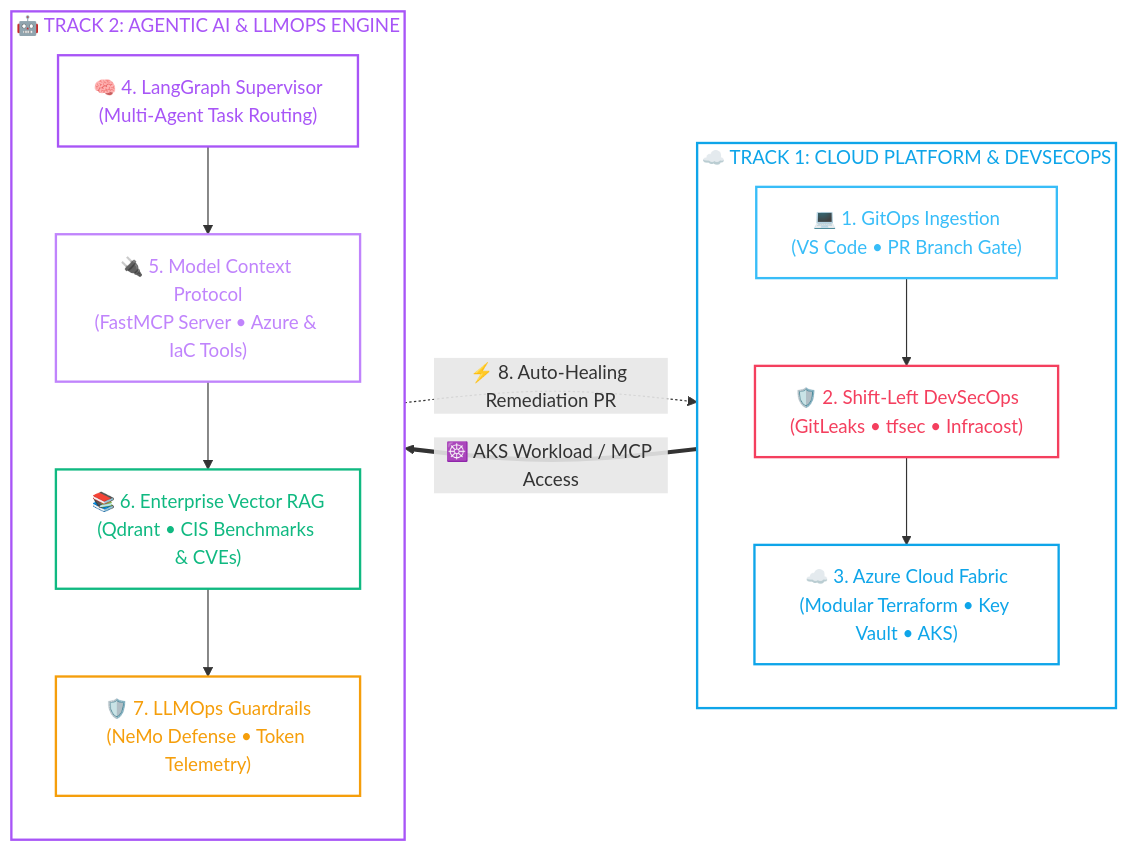
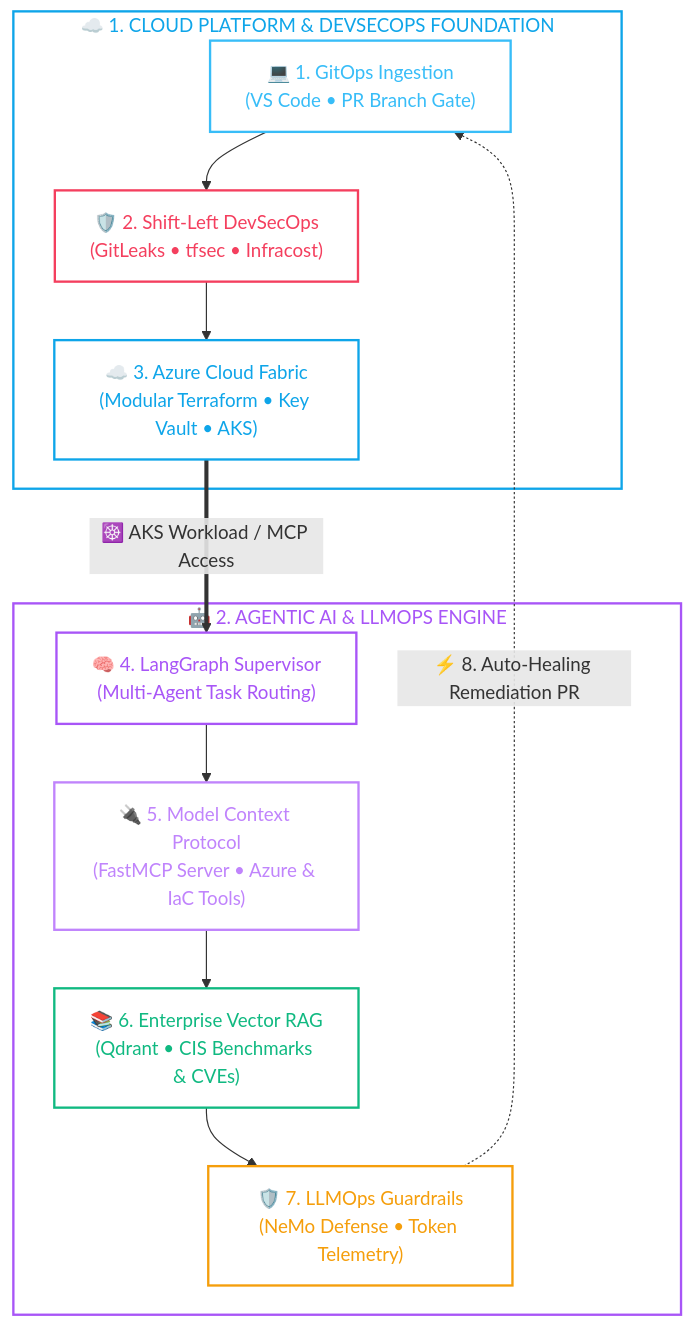
The diagram in README.md (Narendra232/Narendra232), drawn with Mermaid before and after one commit. The commit also changed other lines of this file, not shown here.

Commit message:
feat(architecture): switch diagram to vertical form and revert 4 Pillars to GitHub alert callout cards

````diff
--- a/README.md
+++ b/README.md
@@ -74,56 +74,54 @@
 ```mermaid
-flowchart LR
+flowchart TD
     %% ===================================================
-    %% LEFT TRACK: CLOUD PLATFORM & DEVSECOPS
+    %% 1. CLOUD PLATFORM & DEVSECOPS
     %% ===================================================
-    subgraph TRACK_INFRA["☁️ TRACK 1: CLOUD PLATFORM & DEVSECOPS"]
-        direction TB
+    subgraph TRACK_INFRA["☁️ 1. CLOUD PLATFORM & DEVSECOPS FOUNDATION"]
         style TRACK_INFRA fill:none,stroke:#0ea5e9,stroke-width:2px,color:#0ea5e9
         
         DEV["💻 1. GitOps Ingestion<br/>(VS Code • PR Branch Gate)"]
         SEC["🛡️ 2. Shift-Left DevSecOps<br/>(GitLeaks • tfsec • Infracost)"]
         CLOUD["☁️ 3. Azure Cloud Fabric<br/>(Modular Terraform • Key Vault • AKS)"]
         
         DEV --> SEC --> CLOUD
     end
 
     %% ===================================================
-    %% RIGHT TRACK: AGENTIC AI & LLMOPS ENGINE
+    %% 2. AGENTIC AI & LLMOPS ENGINE
     %% ===================================================
-    subgraph TRACK_AI["🤖 TRACK 2: AGENTIC AI & LLMOPS ENGINE"]
-        direction TB
+    subgraph TRACK_AI["🤖 2. AGENTIC AI & LLMOPS ENGINE"]
         style TRACK_AI fill:none,stroke:#a855f7,stroke-width:2px,color:#a855f7
         
         AGENT["🧠 4. LangGraph Supervisor<br/>(Multi-Agent Task Routing)"]
         MCP["🔌 5. Model Context Protocol<br/>(FastMCP Server • Azure & IaC Tools)"]
         RAG["📚 6. Enterprise Vector RAG<br/>(Qdrant • CIS Benchmarks & CVEs)"]
         GUARD["🛡️ 7. LLMOps Guardrails<br/>(NeMo Defense • Token Telemetry)"]
         
         AGENT --> MCP --> RAG --> GUARD
     end
 
     %% ===================================================
-    %% PARALLEL INTERCONNECTIONS
+    %% VERTICAL TRANSITION & AUTO-RECONCILIATION
     %% ===================================================
     CLOUD ==>|☸️ AKS Workload / MCP Access| AGENT
     GUARD -.->|⚡ 8. Auto-Healing Remediation PR| DEV
 
     %% ===================================================
-    %% COLORS MATCHING ARCHITECTURE PALETTE
+    %% COLOR SCHEME
     %% ===================================================
     classDef devNode fill:none,stroke:#38bdf8,stroke-width:2px,color:#38bdf8;
     classDef secNode fill:none,stroke:#f43f5e,stroke-width:2px,color:#f43f5e;
     classDef cloudNode fill:none,stroke:#0ea5e9,stroke-width:2px,color:#0ea5e9;
     classDef agentNode fill:none,stroke:#a855f7,stroke-width:2px,color:#a855f7;
     classDef mcpNode fill:none,stroke:#c084fc,stroke-width:2px,color:#c084fc;
     classDef ragNode fill:none,stroke:#10b981,stroke-width:2px,color:#10b981;
     classDef guardNode fill:none,stroke:#f59e0b,stroke-width:2px,color:#f59e0b;
 
     class DEV devNode;
     class SEC secNode;
     class CLOUD cloudNode;
     class AGENT agentNode;
     class MCP mcpNode;
     class RAG ragNode;
     class GUARD guardNode;
 ```
````
